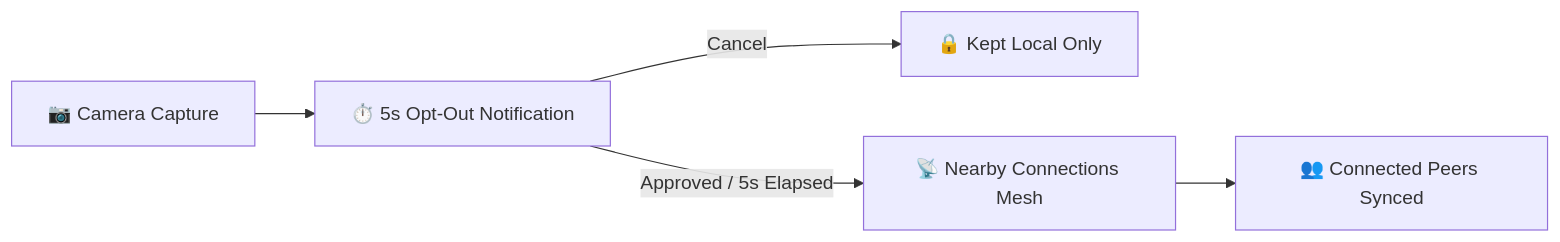
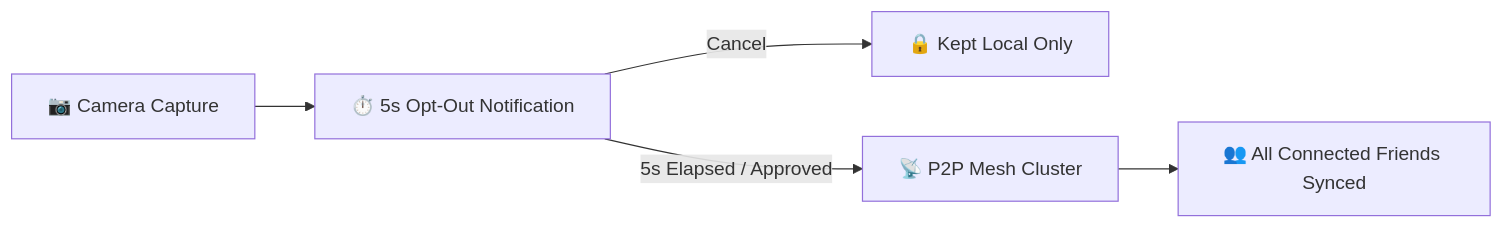
Before and after one commit to arcolenux/Automatic-media-sharing: the diagram in README.md, drawn with Mermaid. The commit also changed other lines of this file and 24 other files, not shown here.

````diff
--- a/README.md
+++ b/README.md
@@ -40,7 +46,7 @@
 ```mermaid
 graph LR
     A["📷 Camera Capture"] --> B["⏱️ 5s Opt-Out Notification"]
     B -->|"Cancel"| C["🔒 Kept Local Only"]
-    B -->|"Approved / 5s Elapsed"| D["📡 Nearby Connections Mesh"]
-    D --> E["👥 Connected Peers Synced"]
+    B -->|"5s Elapsed / Approved"| D["📡 P2P Mesh Cluster"]
+    D --> E["👥 All Connected Friends Synced"]
 ```
````
